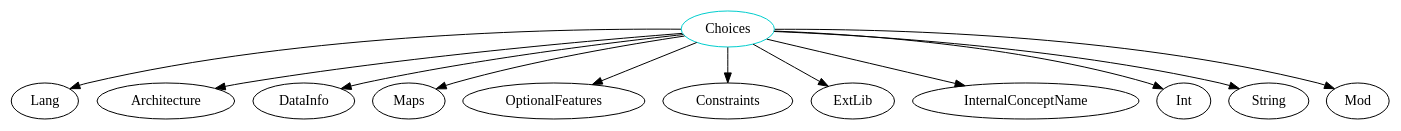
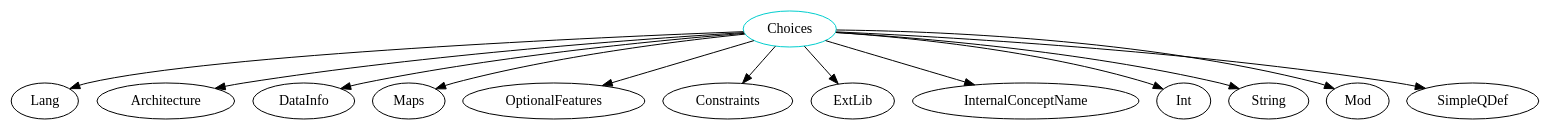
The diagram in analysis/TypeDependencyGraphs/code/Choices.dot (JacquesCarette/Drasil), drawn with Graphviz before and after one commit. The commit also changed 312 other files, not shown here.

```diff
--- a/analysis/TypeDependencyGraphs/code/Choices.dot
+++ b/analysis/TypeDependencyGraphs/code/Choices.dot
@@ -1,14 +1,15 @@
 digraph choices{
 Choices	[shape=oval, color=cyan3, label="Choices"];
 Choices -> Lang;
 Choices -> Architecture;
 Choices -> DataInfo;
 Choices -> Maps;
 Choices -> OptionalFeatures;
 Choices -> Constraints;
 Choices -> ExtLib;
 Choices -> InternalConceptName;
 Choices -> Int;
 Choices -> String;
 Choices -> Mod;
+Choices -> SimpleQDef;
 }
```
